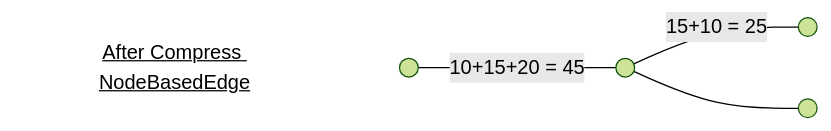
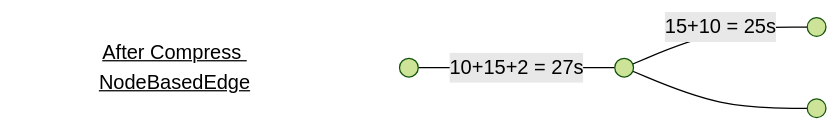
The diagram in osrm/graph/after_compress_nodebasededge.mmd (Telenav/open-source-spec), drawn with Mermaid (forest theme) before and after one commit. The commit also changed 4 other files, not shown here.

````diff
--- a/osrm/graph/after_compress_nodebasededge.mmd
+++ b/osrm/graph/after_compress_nodebasededge.mmd
@@ -1,18 +1,18 @@
 %% Call below command to convert .mmd to .png
 %%  Adjust -w or -H if necessary
 %% mmdc -p puppeteer-config.json -i after_compress_nodebasededge.mmd -o after_compress_nodebasededge.mmd.png
 
 %%```mermaid
 graph LR
 Title[<u>After Compress NodeBasedEdge</u>]
 Title --- Node1(( ))
 style Title fill:#FFF,stroke:#FFF
 linkStyle 0 stroke:#FFF,stroke-width:0;
 
-Node1 -- 10+15+20 = 45 --- Node3(( ))
-Node3 -- 15+10 = 25  --- Node5(( ))
+Node1 -- 10+15+2 = 27s --- Node3(( ))
+Node3 -- 15+10 = 25s  --- Node5(( ))
 
 Node3 --- Node7(( ))
 
 
 %%```
````
